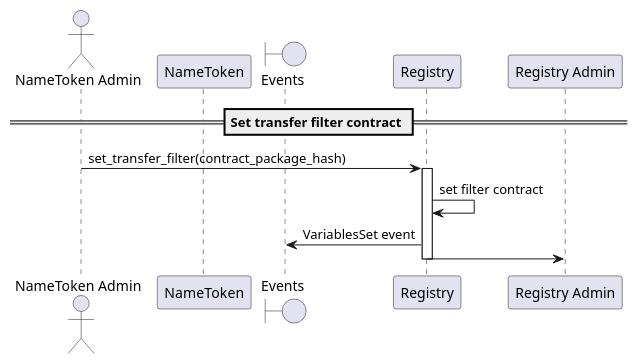
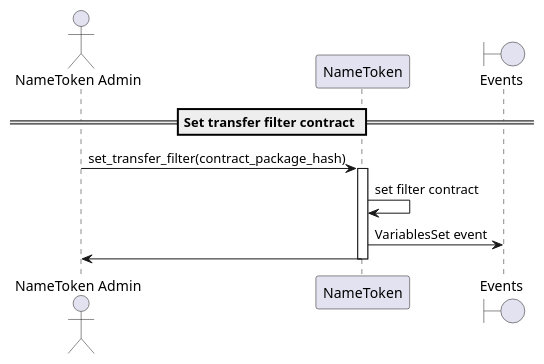
The diagram in docs/sequence-diagrams/puml/set-transfer-filter.puml (make-software/cspr-name-contracts), drawn with PlantUML before and after one commit. The commit also changed 9 other files, not shown here.

Commit message:
Renamed Registry contract with NameToken in the sequence diagrams. (part 3)

```diff
--- a/docs/sequence-diagrams/puml/set-transfer-filter.puml
+++ b/docs/sequence-diagrams/puml/set-transfer-filter.puml
@@ -1,18 +1,18 @@
 @startuml
 'https://plantuml.com/sequence-diagram
 
 'autonumber
 actor "NameToken Admin"
 participant "NameToken"
 boundary "Events"
 
 == Set transfer filter contract ==
 
-"NameToken Admin" -> "Registry": set_transfer_filter(contract_package_hash)
-activate "Registry"
-Registry -> Registry: set filter contract
-Registry -> "Events": VariablesSet event
-"Registry" -> "Registry Admin"
-deactivate "Registry"
+"NameToken Admin" -> "NameToken": set_transfer_filter(contract_package_hash)
+activate "NameToken"
+NameToken -> NameToken: set filter contract
+NameToken -> "Events": VariablesSet event
+"NameToken" -> "NameToken Admin"
+deactivate "NameToken"
 
 @enduml
```
